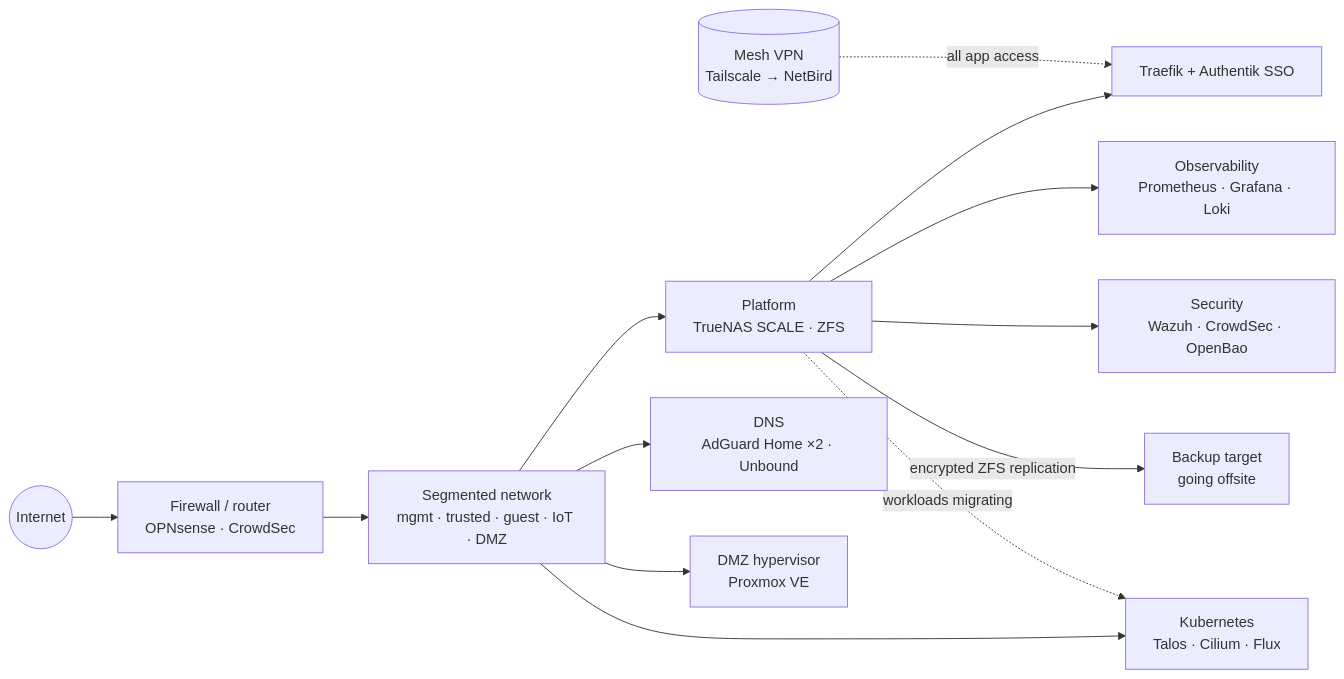
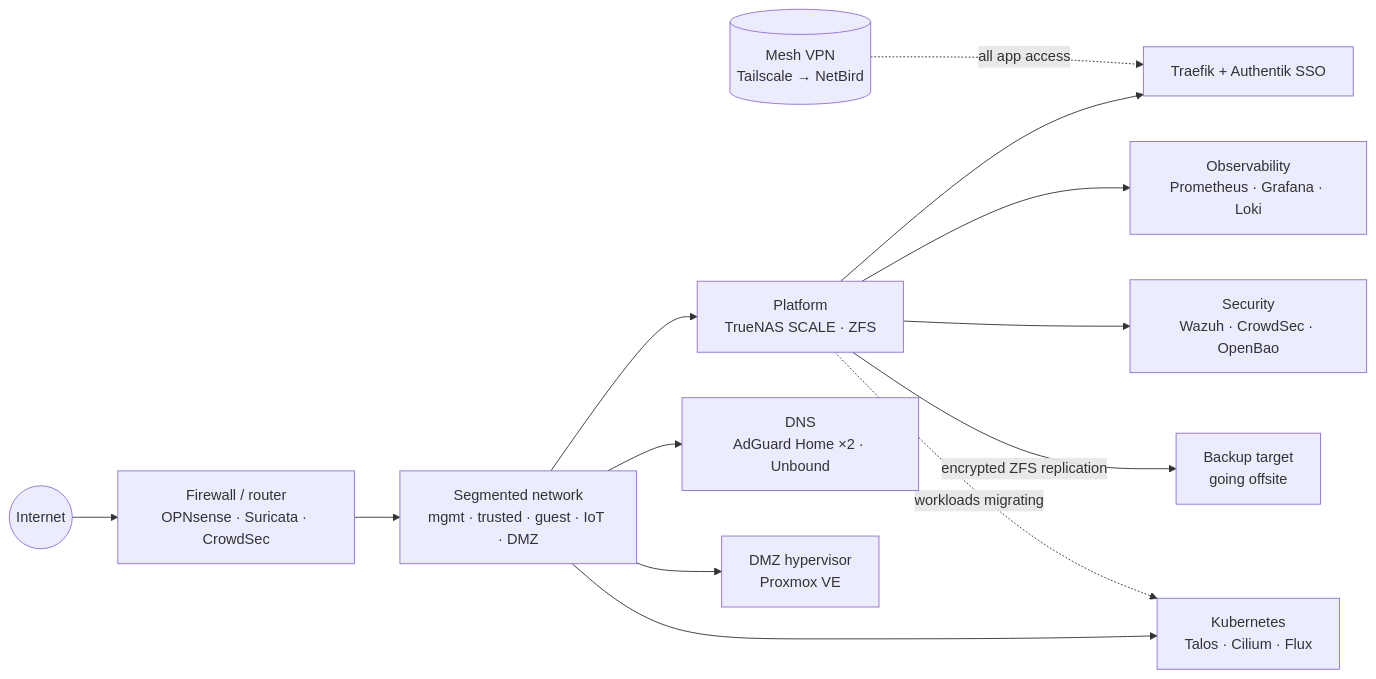
The diagram in README.md (mselin/mselin), drawn with Mermaid before and after one commit. The commit also changed other lines of this file, not shown here.

First line of the commit message:
Add Suricata to the firewall

````diff
--- a/README.md
+++ b/README.md
@@ -32,18 +32,18 @@
 ```mermaid
 flowchart LR
-  inet((Internet)) --> fw[Firewall / router<br/>OPNsense · CrowdSec]
+  inet((Internet)) --> fw[Firewall / router<br/>OPNsense · Suricata · CrowdSec]
   vpn[(Mesh VPN<br/>Tailscale → NetBird)] -. all app access .-> ingress
 
   fw --> sw[Segmented network<br/>mgmt · trusted · guest · IoT · DMZ]
 
   sw --> nas[Platform<br/>TrueNAS SCALE · ZFS]
   sw --> dns[DNS<br/>AdGuard Home ×2 · Unbound]
   sw --> dmz[DMZ hypervisor<br/>Proxmox VE]
   sw --> k8s[Kubernetes<br/>Talos · Cilium · Flux]
 
   nas --> ingress[Traefik + Authentik SSO]
   nas --> obs[Observability<br/>Prometheus · Grafana · Loki]
   nas --> sec[Security<br/>Wazuh · CrowdSec · OpenBao]
   nas -- encrypted ZFS replication --> bak[Backup target<br/>going offsite]
   nas -. workloads migrating .-> k8s
 ```
````
